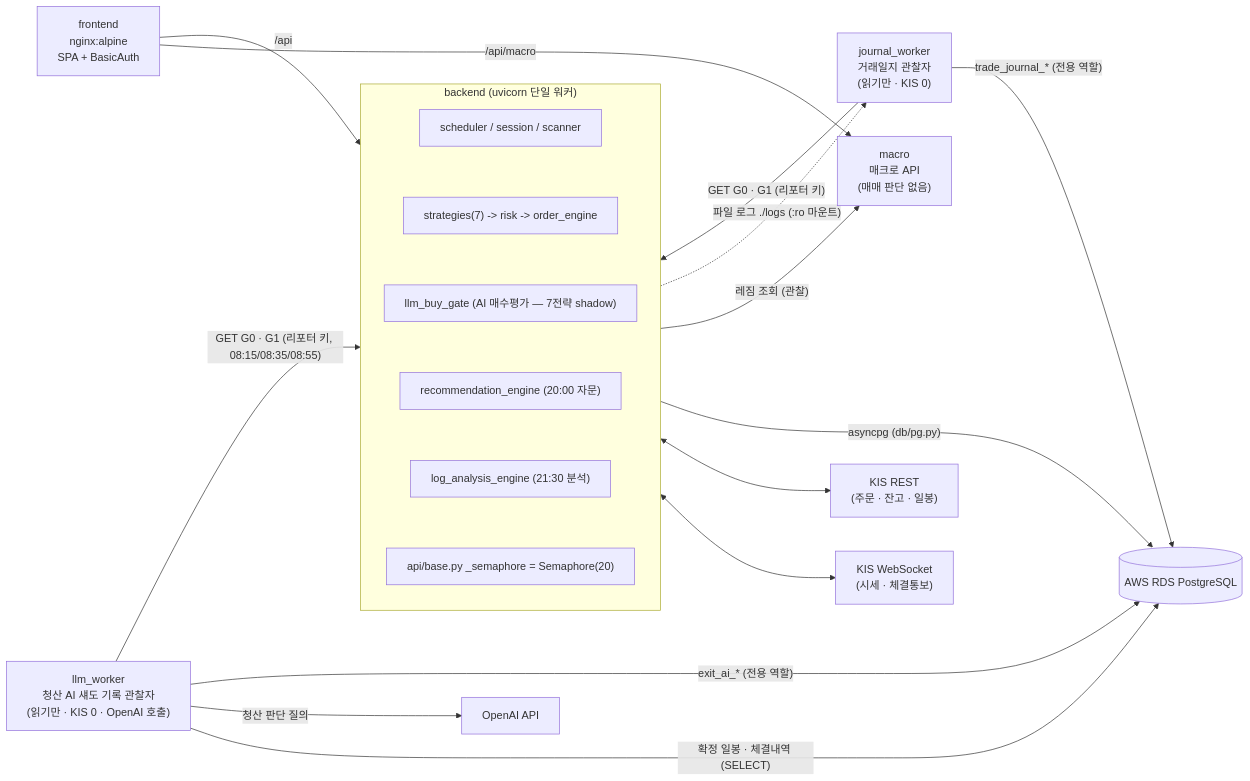
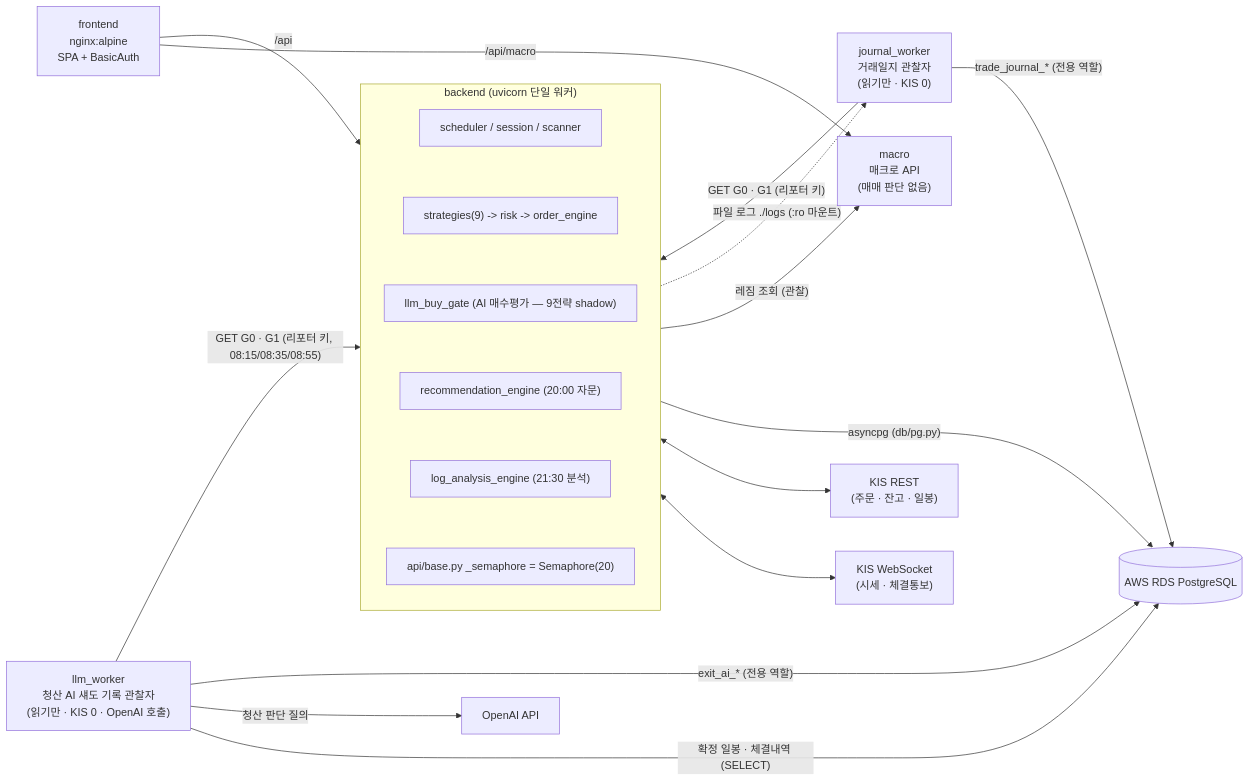
Before and after one commit to canduk910/auto_stock: diagram 20 of 28 in docs/architecture.md, drawn with Mermaid. The commit also changed other lines of this file and 16 other files, not shown here.

````diff
--- a/docs/architecture.md
+++ b/docs/architecture.md
@@ -1423,39 +1472,39 @@
 ```mermaid
 %%{init: {"flowchart": {"wrappingWidth": 360}}}%%
 flowchart LR
     FE["frontend<br/>nginx:alpine<br/>SPA + BasicAuth"]
     subgraph BE["backend (uvicorn 단일 워커)"]
         direction TB
         B1["scheduler / session / scanner"]
-        B2["strategies(7) -> risk -> order_engine"]
-        B3["llm_buy_gate (AI 매수평가 — 7전략 shadow)"]
+        B2["strategies(9) -> risk -> order_engine"]
+        B3["llm_buy_gate (AI 매수평가 — 9전략 shadow)"]
         B4["recommendation_engine (20:00 자문)"]
         B5["log_analysis_engine (21:30 분석)"]
         B6["api/base.py _semaphore = Semaphore(20)"]
         B1 ~~~ B2
         B2 ~~~ B3
         B3 ~~~ B4
         B4 ~~~ B5
         B5 ~~~ B6
     end
     WS["KIS WebSocket<br/>(시세 · 체결통보)"]
     REST["KIS REST<br/>(주문 · 잔고 · 일봉)"]
     DB[("AWS RDS PostgreSQL")]
     MAC["macro<br/>매크로 API<br/>(매매 판단 없음)"]
     JW["journal_worker<br/>거래일지 관찰자<br/>(읽기만 · KIS 0)"]
     LW["llm_worker<br/>청산 AI 섀도 기록 관찰자<br/>(읽기만 · KIS 0 · OpenAI 호출)"]
     OAI["OpenAI API"]
     FE -->|"/api"| BE
     FE -->|"/api/macro"| MAC
     BE <--> WS
     BE <--> REST
     BE -->|"asyncpg (db/pg.py)"| DB
     BE -->|"레짐 조회 (관찰)"| MAC
     JW -->|"GET G0 · G1 (리포터 키)"| BE
     BE -.->|"파일 로그 ./logs (:ro 마운트)"| JW
     JW -->|"trade_journal_* (전용 역할)"| DB
     LW -->|"GET G0 · G1 (리포터 키, 08:15/08:35/08:55)"| BE
     LW -->|"확정 일봉 · 체결내역 (SELECT)"| DB
     LW -->|"청산 판단 질의"| OAI
     LW -->|"exit_ai_* (전용 역할)"| DB
 ```
````
